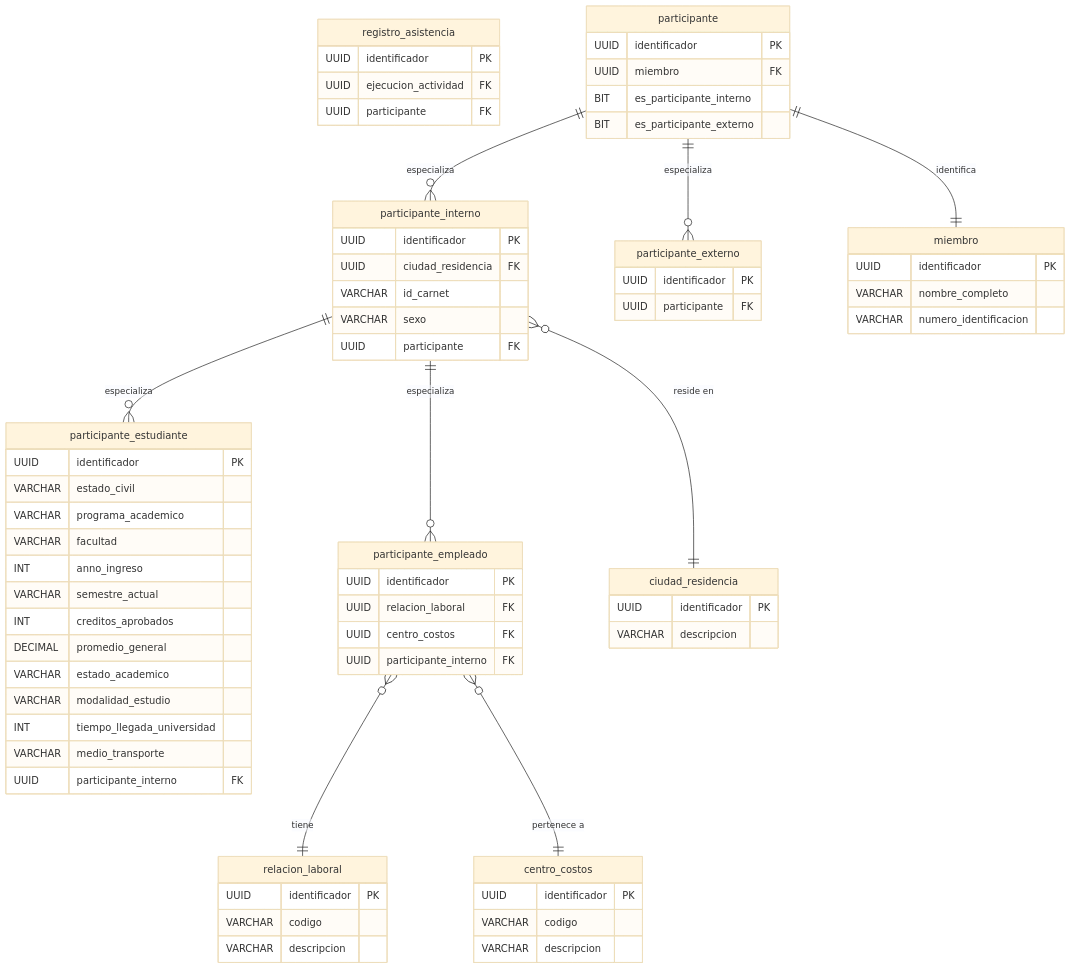
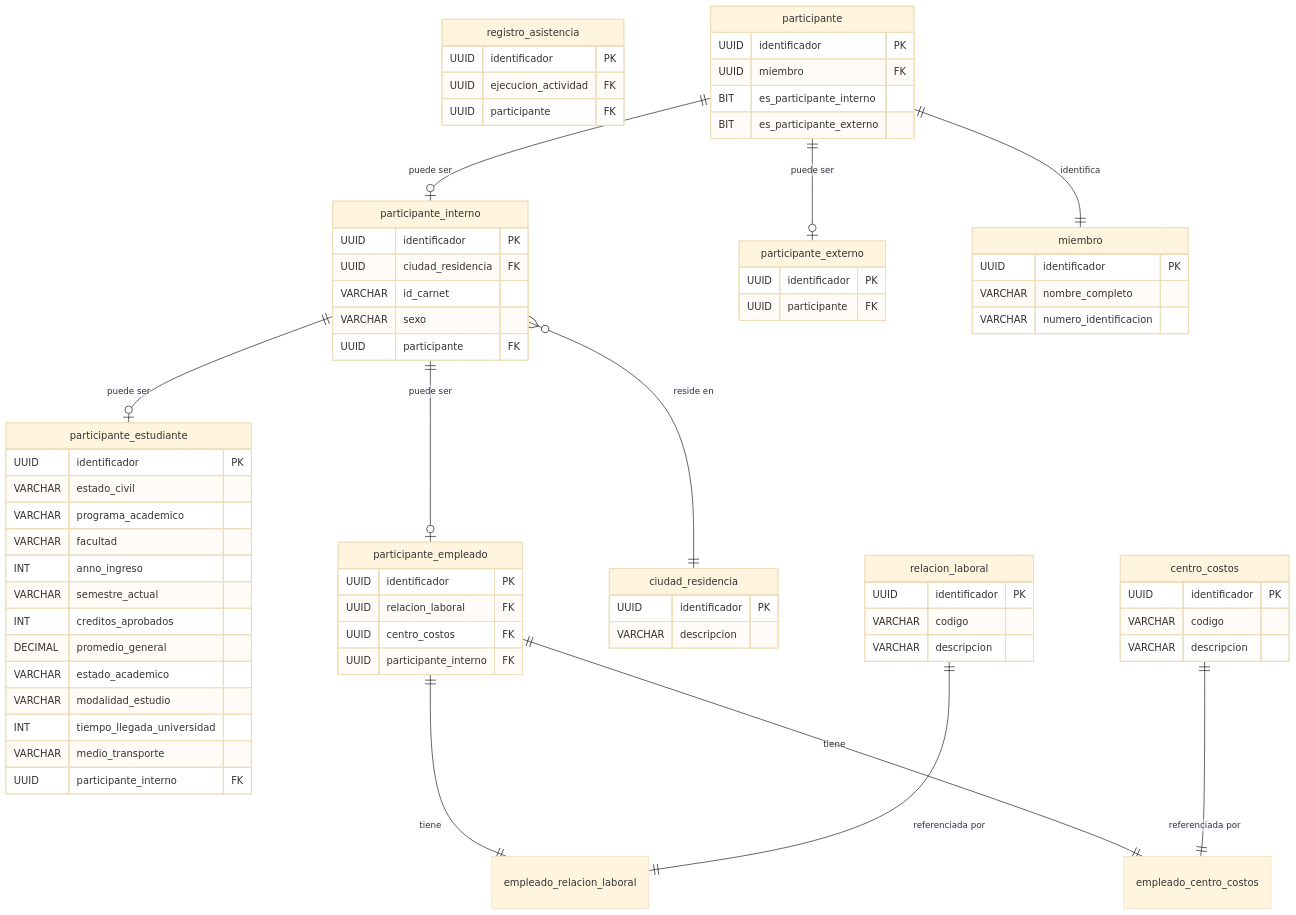
One commit to sibeuco/DocumentacionSibe changed the fifth of 7 diagrams in docs/artifacts/24.diagrama_del_modelo_entidad_relacion.md. Above: the diagram before and after it, drawn with Mermaid (base theme). The commit also changed other lines of this file and 5 other files, not shown here.

````diff
--- a/docs/artifacts/24.diagrama_del_modelo_entidad_relacion.md
+++ b/docs/artifacts/24.diagrama_del_modelo_entidad_relacion.md
@@ -417,11 +417,13 @@
     }
 
     participante ||--|| miembro : "identifica"
-    participante ||--o{ participante_interno : "especializa"
-    participante ||--o{ participante_externo : "especializa"
-    participante_interno ||--o{ participante_estudiante : "especializa"
-    participante_interno ||--o{ participante_empleado : "especializa"
+    participante ||--o| participante_interno : "puede ser"
+    participante ||--o| participante_externo : "puede ser"
+    participante_interno ||--o| participante_estudiante : "puede ser"
+    participante_interno ||--o| participante_empleado : "puede ser"
     participante_interno }o--|| ciudad_residencia : "reside en"
-    participante_empleado }o--|| relacion_laboral : "tiene"
-    participante_empleado }o--|| centro_costos : "pertenece a"
+    participante_empleado ||--|| empleado_relacion_laboral : "tiene"
+    participante_empleado ||--|| empleado_centro_costos : "tiene"
+    relacion_laboral ||--|| empleado_relacion_laboral : "referenciada por"
+    centro_costos ||--|| empleado_centro_costos : "referenciada por"
 ```
````
